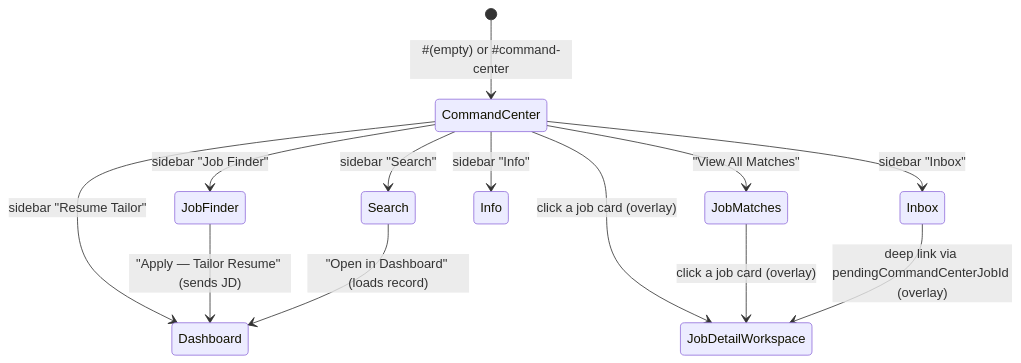
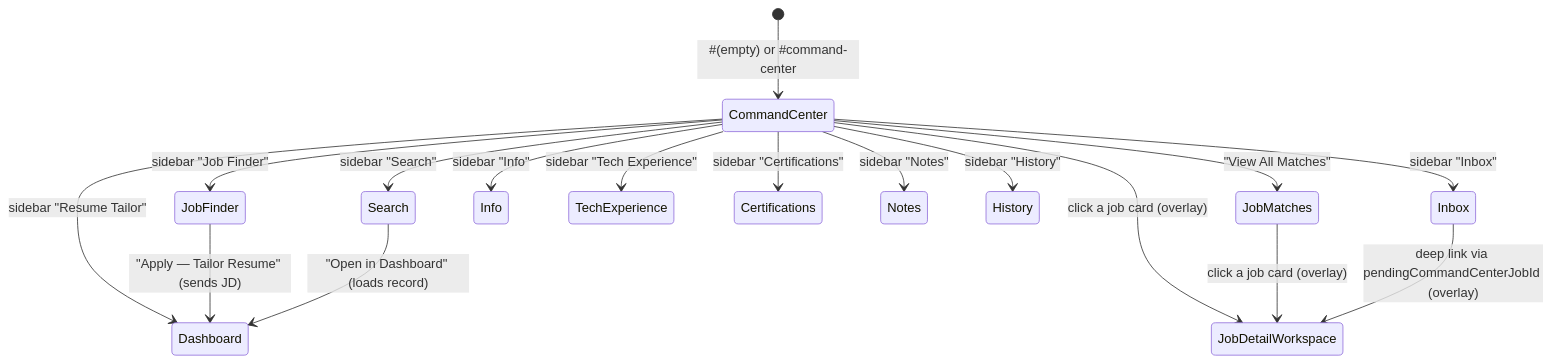
The first of 3 diagrams in docx/Frontend_Architecture.md (tejamahesh1433/job-trailerd-resume), drawn with Mermaid before and after one commit. The commit also changed other lines of this file and 56 other files, not shown here.

````diff
--- a/docx/Frontend_Architecture.md
+++ b/docx/Frontend_Architecture.md
@@ -24,15 +26,19 @@
 ```mermaid
 stateDiagram-v2
     [*] --> CommandCenter: #(empty) or #command-center
     CommandCenter --> Dashboard: sidebar "Resume Tailor"
     CommandCenter --> JobFinder: sidebar "Job Finder"
     CommandCenter --> Search: sidebar "Search"
     CommandCenter --> Inbox: sidebar "Inbox"
     CommandCenter --> Info: sidebar "Info"
+    CommandCenter --> TechExperience: sidebar "Tech Experience"
+    CommandCenter --> Certifications: sidebar "Certifications"
+    CommandCenter --> Notes: sidebar "Notes"
+    CommandCenter --> History: sidebar "History"
     CommandCenter --> JobMatches: "View All Matches"
     CommandCenter --> JobDetailWorkspace: click a job card (overlay)
     JobMatches --> JobDetailWorkspace: click a job card (overlay)
     Inbox --> JobDetailWorkspace: deep link via pendingCommandCenterJobId (overlay)
     JobFinder --> Dashboard: "Apply — Tailor Resume" (sends JD)
     Search --> Dashboard: "Open in Dashboard" (loads record)
 ```
````
